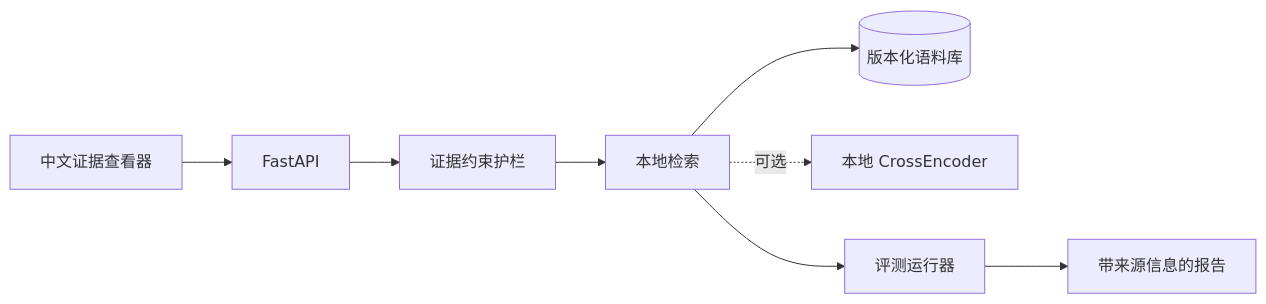
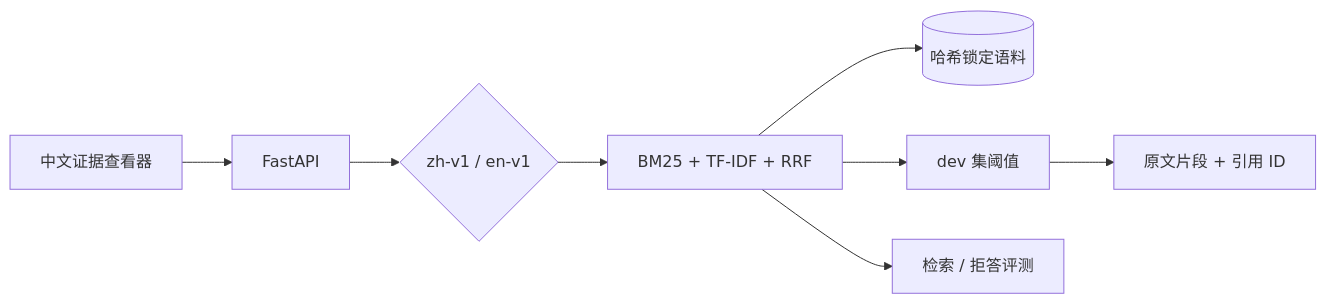
One commit to SCUliujiacheng/evidence-rag-bench-zh changed the diagram in README.md. Above: the diagram before and after it, drawn with Mermaid. The commit also changed other lines of this file and 38 other files, not shown here.

````diff
--- a/README.md
+++ b/README.md
@@ -55,10 +60,10 @@
 ```mermaid
 flowchart LR
     UI["中文证据查看器"] --> API["FastAPI"]
-    API --> Guard["证据约束护栏"]
-    Guard --> Retrieval["本地检索"]
-    Retrieval --> Corpus[("版本化语料库")]
-    Retrieval -. 可选 .-> Reranker["本地 CrossEncoder"]
-    Retrieval --> Eval["评测运行器"]
-    Eval --> Reports["带来源信息的报告"]
+    API --> Profile{"zh-v1 / en-v1"}
+    Profile --> Retrieval["BM25 + TF-IDF + RRF"]
+    Retrieval --> Corpus[("哈希锁定语料")]
+    Retrieval --> Guard["dev 集阈值"]
+    Guard --> Evidence["原文片段 + 引用 ID"]
+    Retrieval --> Eval["检索 / 拒答评测"]
 ```
````
